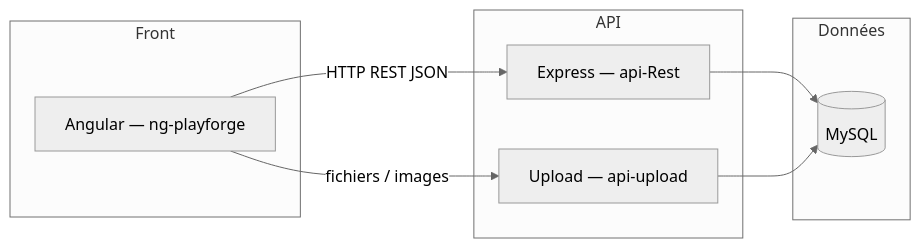
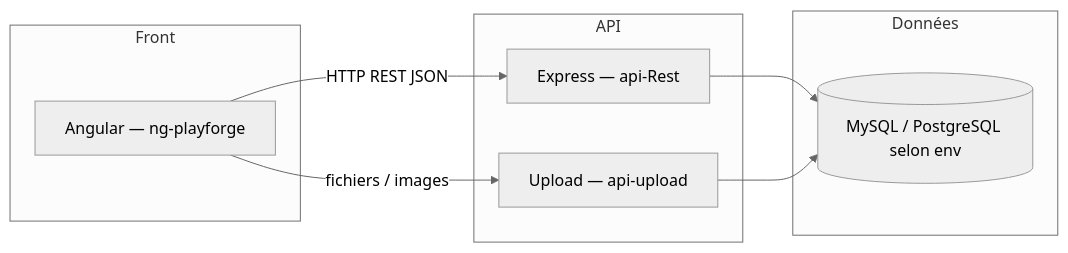
The second of 2 diagrams in GANTT-UML-SHAREGAMES.md (JameS-Gmz/ng-playforge), drawn with Mermaid (neutral theme) before and after one commit. The commit also changed other lines of this file, not shown here.

Commit message:
Revise Gantt chart to align with Git commit history; update project phases and deliverables overview; enhance clarity of commit frequency and activity waves for `api-Rest`, `api-upload`, and `ng-playforge` repositories.

````diff
--- a/GANTT-UML-SHAREGAMES.md
+++ b/GANTT-UML-SHAREGAMES.md
@@ -87,17 +90,17 @@
 ```mermaid
 flowchart LR
     subgraph Front
         A[Angular — ng-playforge]
     end
     subgraph API
         B[Express — api-Rest]
         C[Upload — api-upload]
     end
     subgraph Données
-        D[(MySQL)]
+        D[(MySQL / PostgreSQL selon env)]
     end
     A -->|HTTP REST JSON| B
     A -->|fichiers / images| C
     B --> D
     C --> D
 ```
````
